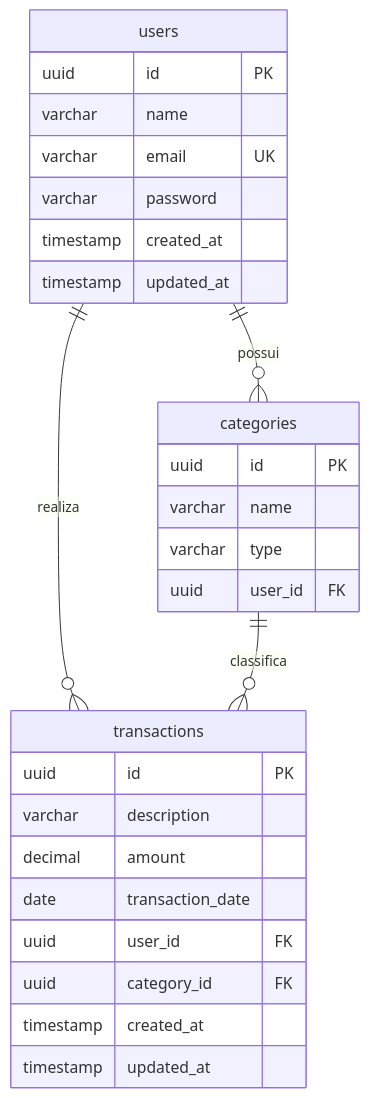
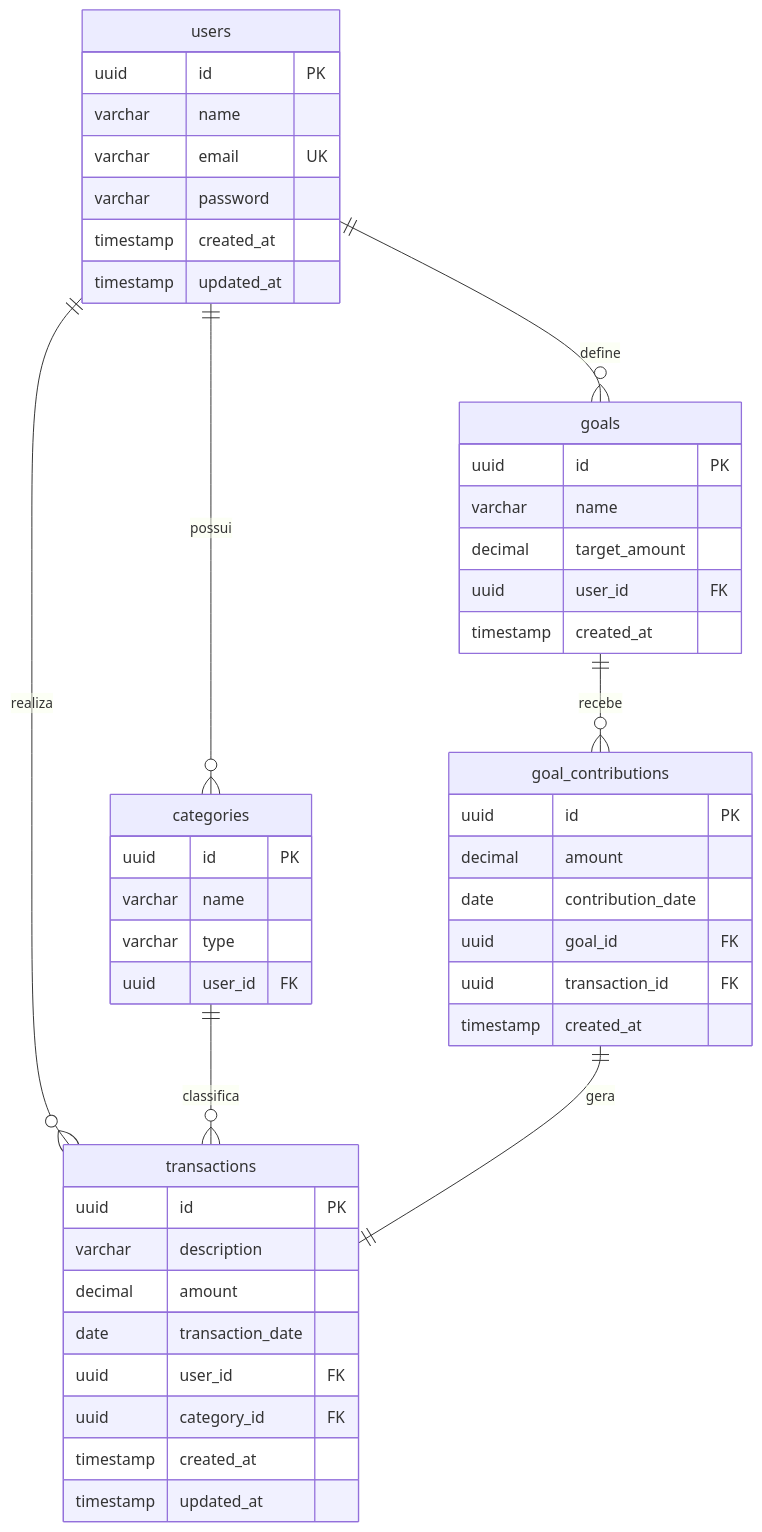
The diagram in docs/banco.md (pedrocasseb/FLUXO), drawn with Mermaid before and after one commit. The commit also changed other lines of this file and 18 other files, not shown here.

Commit message:
feat(goals): implement financial goals and contributions

````diff
--- a/docs/banco.md
+++ b/docs/banco.md
@@ -33,31 +33,49 @@
 ```mermaid
 erDiagram
     users {
         uuid id PK
         varchar name
         varchar email UK
         varchar password
         timestamp created_at
         timestamp updated_at
     }
     categories {
         uuid id PK
         varchar name
         varchar type
         uuid user_id FK
     }
     transactions {
         uuid id PK
         varchar description
         decimal amount
         date transaction_date
         uuid user_id FK
         uuid category_id FK
         timestamp created_at
         timestamp updated_at
     }
+    goals {
+        uuid id PK
+        varchar name
+        decimal target_amount
+        uuid user_id FK
+        timestamp created_at
+    }
+    goal_contributions {
+        uuid id PK
+        decimal amount
+        date contribution_date
+        uuid goal_id FK
+        uuid transaction_id FK
+        timestamp created_at
+    }
 
     users ||--o{ categories : "possui"
     users ||--o{ transactions : "realiza"
+    users ||--o{ goals : "define"
     categories ||--o{ transactions : "classifica"
+    goals ||--o{ goal_contributions : "recebe"
+    goal_contributions ||--|| transactions : "gera"
 ```
````
